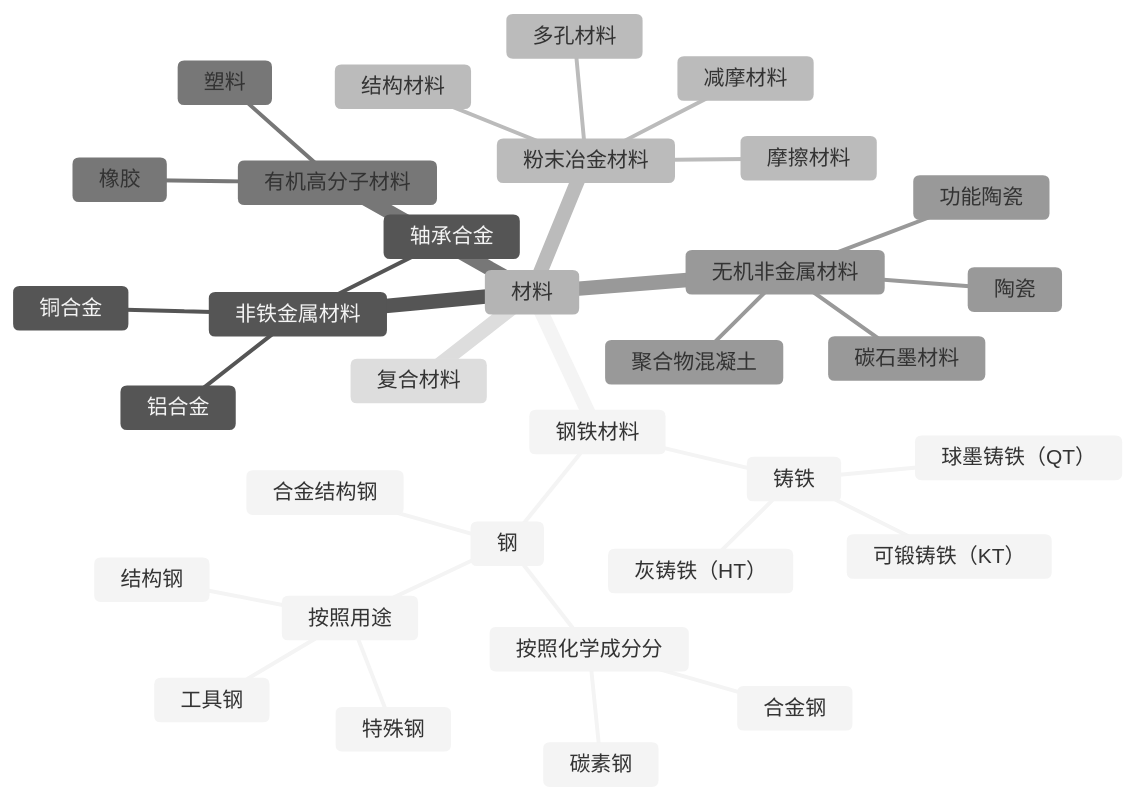
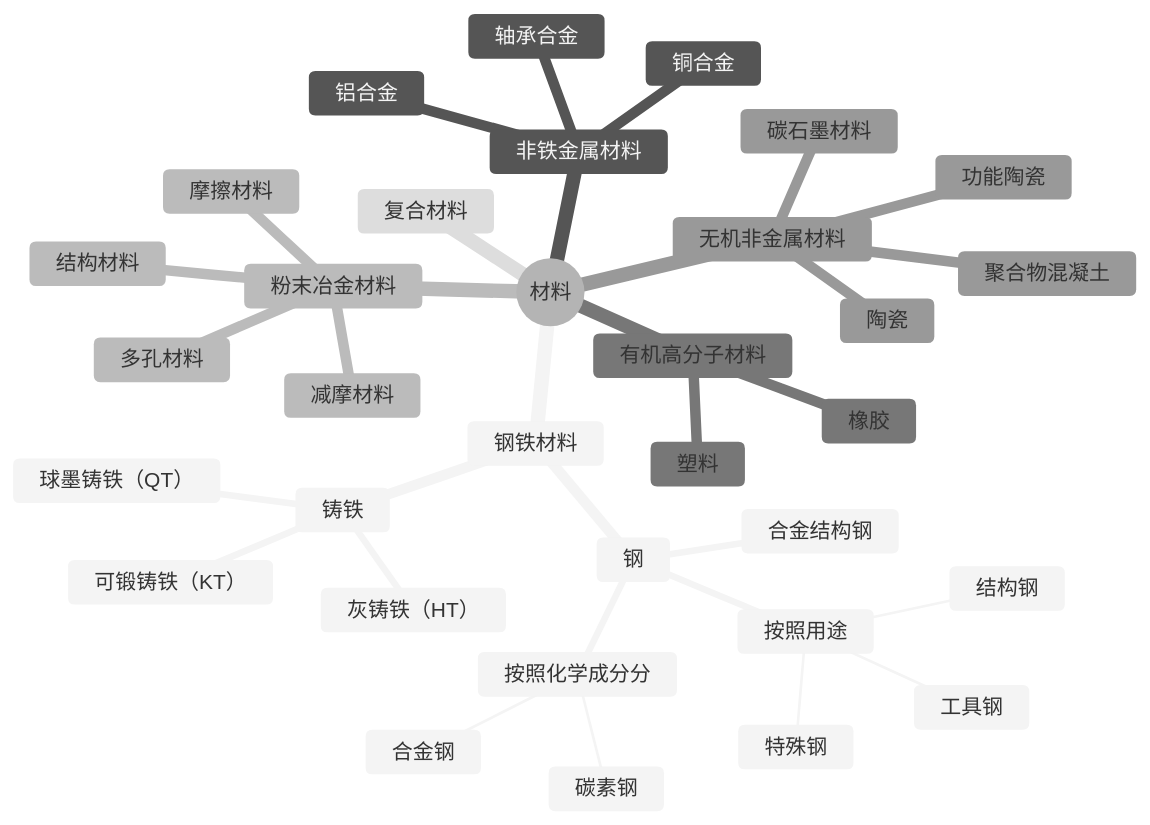
One commit to chanvstone/course-notes changed the first of 6 diagrams in 机械设计期末复习/机械设计期末复习.md. Above: the diagram before and after it, drawn with Mermaid (neutral theme). The commit also changed other lines of this file, not shown here.

````diff
--- a/机械设计期末复习/机械设计期末复习.md
+++ b/机械设计期末复习/机械设计期末复习.md
@@ -16,36 +14,36 @@
 ```mermaid
 mindmap
-材料
-    钢铁材料
-        铸铁
-            灰铸铁（HT）
-            球墨铸铁（QT）
-            可锻铸铁（KT）
-        钢
-            按照用途
-                结构钢
-                特殊钢
-                工具钢
-            按照化学成分分
-                碳素钢
-                合金钢
-            合金结构钢
-    非铁金属材料
-        铜合金
-        铝合金
-        轴承合金
-    粉末冶金材料
-        结构材料
-        减摩材料
-        摩擦材料
-        多孔材料
-    有机高分子材料
-        塑料
-        橡胶
-    无机非金属材料
-    	陶瓷
-    	功能陶瓷
-    	碳石墨材料
-    	聚合物混凝土
-    复合材料
+((材料))
+	钢铁材料
+		铸铁
+			灰铸铁（HT）
+			球墨铸铁（QT）
+			可锻铸铁（KT）
+		钢
+			按照用途
+				结构钢
+				特殊钢
+				工具钢
+			按照化学成分分
+				碳素钢
+				合金钢
+			合金结构钢
+	非铁金属材料
+		铜合金
+		铝合金
+		轴承合金
+	粉末冶金材料
+		结构材料
+		减摩材料
+		摩擦材料
+		多孔材料
+	有机高分子材料
+		塑料
+		橡胶
+	无机非金属材料
+		陶瓷
+		功能陶瓷
+		碳石墨材料
+		聚合物混凝土
+	复合材料
 ```
````
